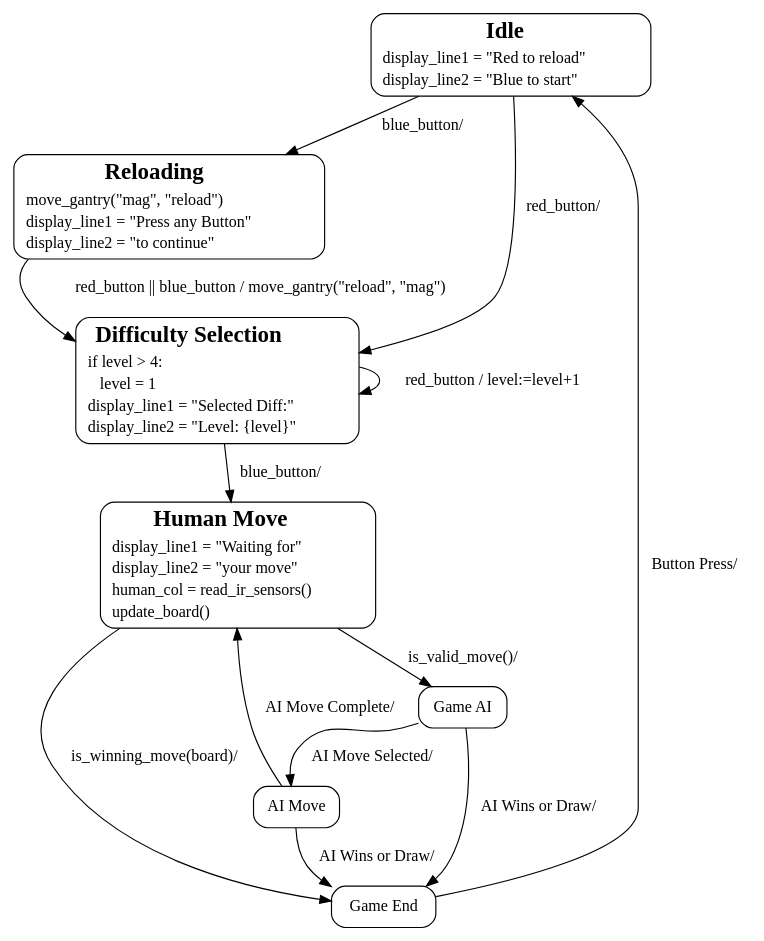
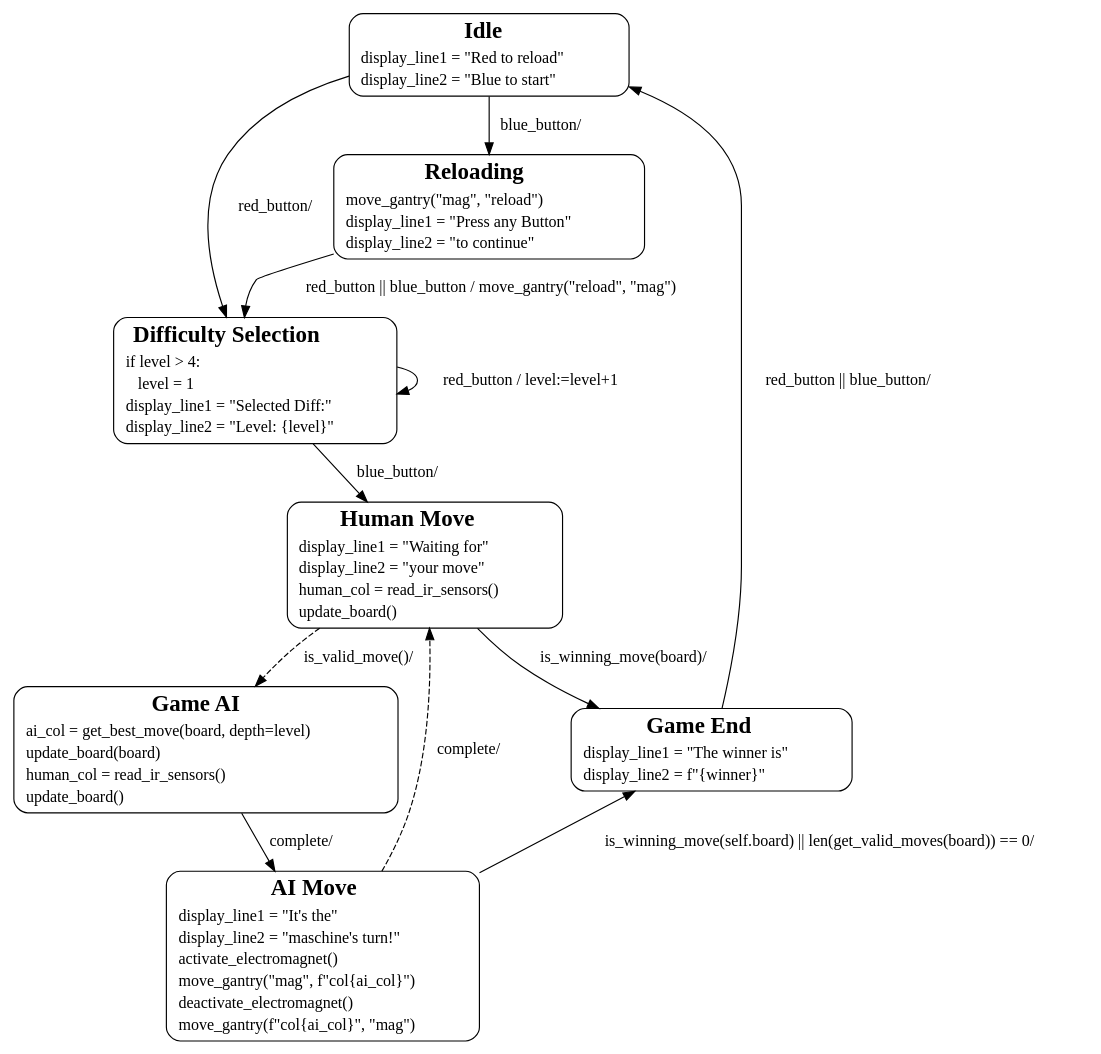
The diagram in Diagrams/FSM_final.dot (Loneli999/MagDrop4), drawn with Graphviz before and after one commit. The commit also changed 11 other files, not shown here.

```diff
--- a/Diagrams/FSM_final.dot
+++ b/Diagrams/FSM_final.dot
@@ -1,76 +1,111 @@
 digraph MagDropFSM {
     node [shape=rectangle style=rounded];
 
     Idle [
         shape=rectangle
         style=rounded
         label=<
             <table border="0" cellborder="0" cellspacing="0">
                 <tr><td align="center"><font point-size="20"><b>Idle</b></font></td></tr>
                 <tr><td align="left">display_line1 = "Red to reload"</td></tr>
                 <tr><td align="left">display_line2 = "Blue to start"</td></tr>
             </table>
         >
     ];
     Reloading [
         shape=rectangle
         style=rounded
         label=<
             <table border="0" cellborder="0" cellspacing="0">
                 <tr><td align="center"><font point-size="20"><b>Reloading</b></font></td></tr>
                 <tr><td align="left">move_gantry("mag", "reload")</td></tr>
                 <tr><td align="left">display_line1 = "Press any Button"</td></tr>
                 <tr><td align="left">display_line2 = "to continue"</td></tr>
             </table>
         >
     ];
     DifficultySelection [
         shape=rectangle
         style=rounded
         label=<
             <table border="0" cellborder="0" cellspacing="0">
                 <tr><td align="center"><font point-size="20"><b>Difficulty Selection</b></font></td></tr>
                 <tr><td align="left">if level &gt; 4:</td></tr>
                 <tr><td align="left">    level = 1</td></tr>
                 <tr><td align="left">display_line1 = "Selected Diff:"</td></tr>
                 <tr><td align="left">display_line2 = "Level: {level}"</td></tr>
             </table>
         >
     ];
     HumanMove [
         shape=rectangle
         style=rounded
         label=<
             <table border="0" cellborder="0" cellspacing="0">
                 <tr><td align="center"><font point-size="20"><b>Human Move</b></font></td></tr>
                 <tr><td align="left">display_line1 = "Waiting for"</td></tr>
                 <tr><td align="left">display_line2 = "your move"</td></tr>
                 <tr><td align="left">human_col = read_ir_sensors()</td></tr>
                 <tr><td align="left">update_board()</td></tr>
             </table>
         >
     ];
-    GameAI [label="Game AI"];
-    AIMove [label="AI Move"];
-    GameEnd [label="Game End"];
+    GameAI [
+        shape=rectangle
+        style=rounded
+        label=<
+            <table border="0" cellborder="0" cellspacing="0">
+                <tr><td align="center"><font point-size="20"><b>Game AI</b></font></td></tr>
+                <tr><td align="left">ai_col = get_best_move(board, depth=level)</td></tr>
+                <tr><td align="left">update_board(board)</td></tr>
+                <tr><td align="left">human_col = read_ir_sensors()</td></tr>
+                <tr><td align="left">update_board()</td></tr>
+            </table>
+        >
+    ];
+    AIMove [
+        shape=rectangle
+        style=rounded
+        label=<
+            <table border="0" cellborder="0" cellspacing="0">
+                <tr><td align="center"><font point-size="20"><b>AI Move</b></font></td></tr>
+                <tr><td align="left">display_line1 = "It's the"</td></tr>
+                <tr><td align="left">display_line2 = "maschine's turn!"</td></tr>
+                <tr><td align="left">activate_electromagnet()</td></tr>
+                <tr><td align="left">move_gantry("mag", f"col{ai_col}")</td></tr>
+                <tr><td align="left">deactivate_electromagnet()</td></tr>
+                <tr><td align="left">move_gantry(f"col{ai_col}", "mag")</td></tr>
+            </table>
+       >
+    ];
+    GameEnd [
+        shape=rectangle
+        style=rounded
+        label=<
+            <table border="0" cellborder="0" cellspacing="0">
+                <tr><td align="center"><font point-size="20"><b>Game End</b></font></td></tr>
+                <tr><td align="left">display_line1 = "The winner is"</td></tr>
+                <tr><td align="left">display_line2 = f"{winner}"</td></tr>
+            </table>
+       >
+    ];
 
     # Transitions
     Idle -> DifficultySelection [label="red_button/"];
     Idle -> Reloading [label="blue_button/"];
     
     Reloading -> DifficultySelection [label="red_button || blue_button / move_gantry(\"reload\", \"mag\")"];
     
     DifficultySelection -> HumanMove [label="blue_button/"];
     DifficultySelection -> DifficultySelection [label="red_button / level:=level+1"];
 
-    HumanMove -> GameAI [label="is_valid_move()/"];
+    HumanMove -> GameAI [label="is_valid_move()/"; style=dashed];
     HumanMove -> GameEnd [label="is_winning_move(board)/"];
 
-    GameAI -> AIMove [label="AI Move Selected/"];
-    GameAI -> GameEnd [label="AI Wins or Draw/"];
+    GameAI -> AIMove [label="complete/"];
 
-    AIMove -> HumanMove [label="AI Move Complete/"];
-    AIMove -> GameEnd [label="AI Wins or Draw/"];
+    AIMove -> HumanMove [label="complete/"; style=dashed];
+    AIMove -> GameEnd [label="is_winning_move(self.board) || len(get_valid_moves(board)) == 0/"; constraint=false]; 
 
-    GameEnd -> Idle [label="Button Press/"];
+    GameEnd -> Idle [label="red_button || blue_button/"];
 }
```
